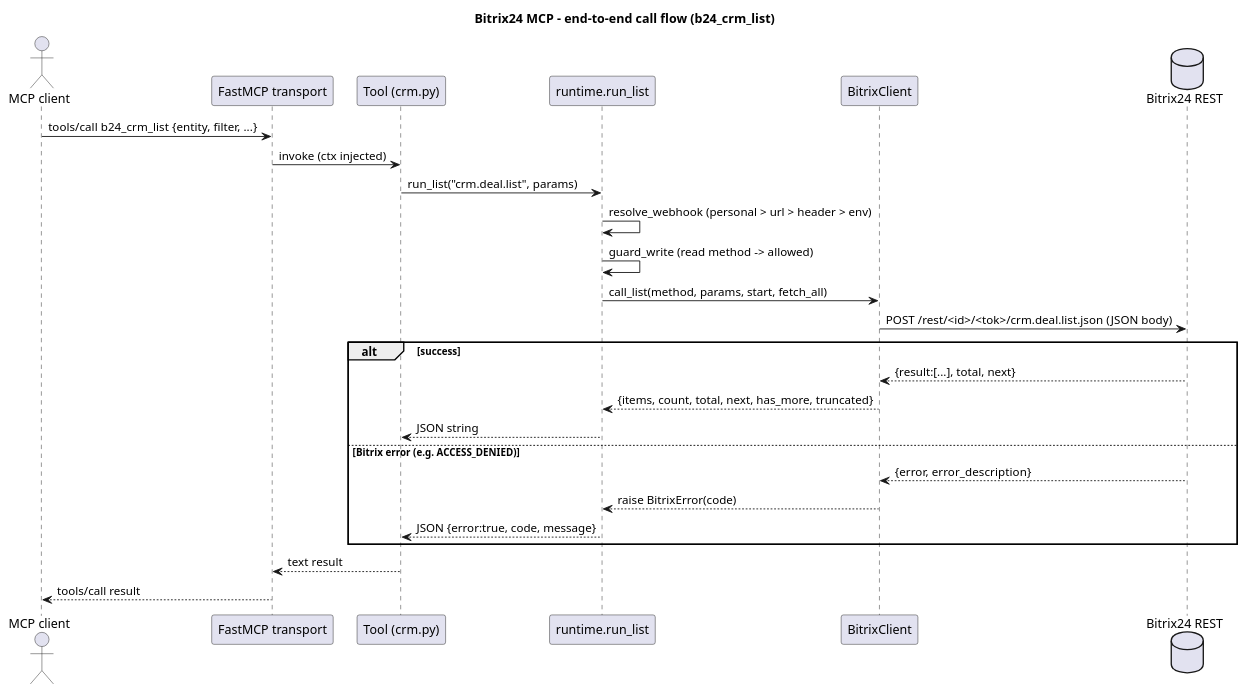
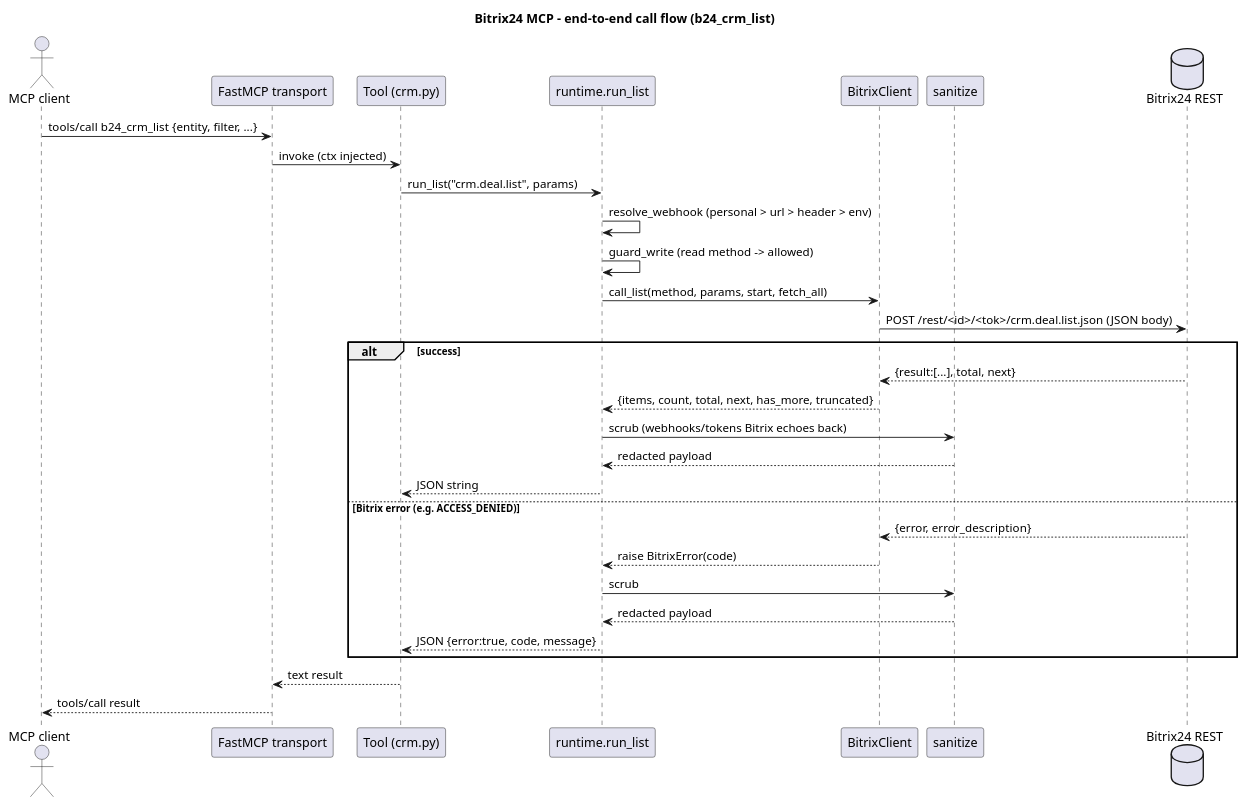
The diagram in docs/diagrams/sequence.puml (john7ross/BitrixMCP), drawn with PlantUML before and after one commit. The commit also changed 29 other files, not shown here.

```diff
--- a/docs/diagrams/sequence.puml
+++ b/docs/diagrams/sequence.puml
@@ -1,33 +1,38 @@
 @startuml bitrix_mcp_sequence
 ' Main end-to-end flow: an agent calls a typed list tool.
 ' Render: java -jar plantuml.jar -tpng docs/diagrams/sequence.puml
 
 title Bitrix24 MCP - end-to-end call flow (b24_crm_list)
 
 actor "MCP client" as C
 participant "FastMCP transport" as T
 participant "Tool (crm.py)" as TL
 participant "runtime.run_list" as R
 participant "BitrixClient" as B
+participant "sanitize" as S
 database "Bitrix24 REST" as P
 
 C -> T : tools/call b24_crm_list {entity, filter, ...}
 T -> TL : invoke (ctx injected)
 TL -> R : run_list("crm.deal.list", params)
 R -> R : resolve_webhook (personal > url > header > env)
 R -> R : guard_write (read method -> allowed)
 R -> B : call_list(method, params, start, fetch_all)
 B -> P : POST /rest/<id>/<tok>/crm.deal.list.json  (JSON body)
 alt success
   P --> B : {result:[...], total, next}
   B --> R : {items, count, total, next, has_more, truncated}
+  R -> S : scrub (webhooks/tokens Bitrix echoes back)
+  S --> R : redacted payload
   R --> TL : JSON string
 else Bitrix error (e.g. ACCESS_DENIED)
   P --> B : {error, error_description}
   B --> R : raise BitrixError(code)
+  R -> S : scrub
+  S --> R : redacted payload
   R --> TL : JSON {error:true, code, message}
 end
 TL --> T : text result
 T --> C : tools/call result
 
 @enduml
```
